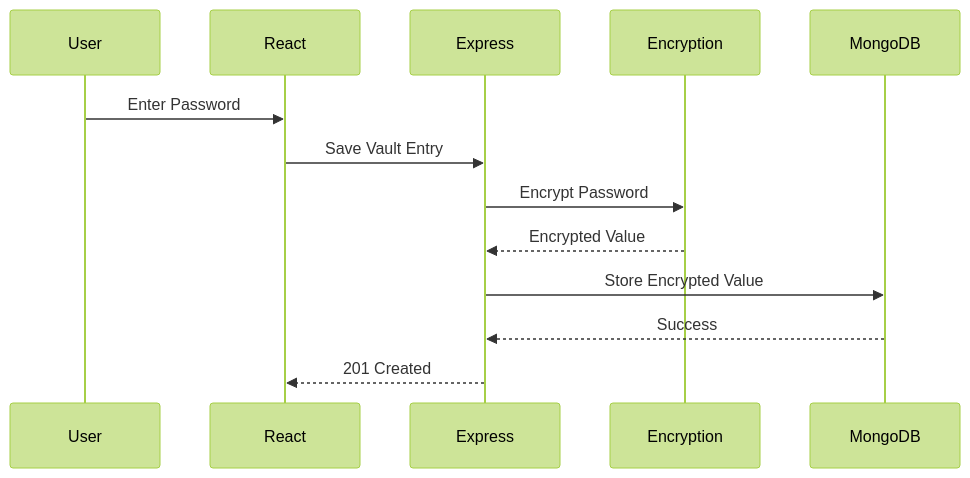
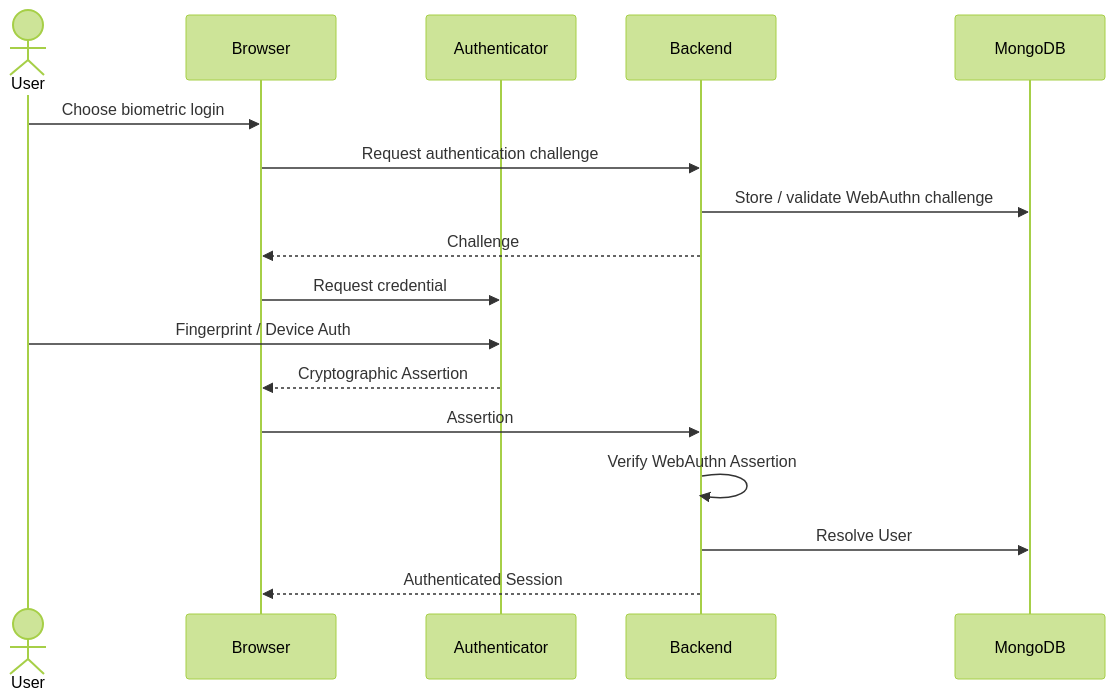
Before and after one commit to sanchit037nit/random-pass: the second of 9 diagrams in README.md, drawn with Mermaid (forest theme). The commit also changed other lines of this file, not shown here.

````diff
--- a/README.md
+++ b/README.md
@@ -386,17 +767,31 @@
 ```mermaid
 sequenceDiagram
 
-    participant User
-    participant React
-    participant Express
-    participant Encryption
-    participant MongoDB
+    actor User
+    participant Browser
+    participant Authenticator
+    participant Backend
+    participant DB as MongoDB
 
-    User->>React: Enter Password
-    React->>Express: Save Vault Entry
-    Express->>Encryption: Encrypt Password
-    Encryption-->>Express: Encrypted Value
-    Express->>MongoDB: Store Encrypted Value
-    MongoDB-->>Express: Success
-    Express-->>React: 201 Created
+    User->>Browser: Choose biometric login
+
+    Browser->>Backend: Request authentication challenge
+
+    Backend->>DB: Store / validate WebAuthn challenge
+
+    Backend-->>Browser: Challenge
+
+    Browser->>Authenticator: Request credential
+
+    User->>Authenticator: Fingerprint / Device Auth
+
+    Authenticator-->>Browser: Cryptographic Assertion
+
+    Browser->>Backend: Assertion
+
+    Backend->>Backend: Verify WebAuthn Assertion
+
+    Backend->>DB: Resolve User
+
+    Backend-->>Browser: Authenticated Session
 ```
````
